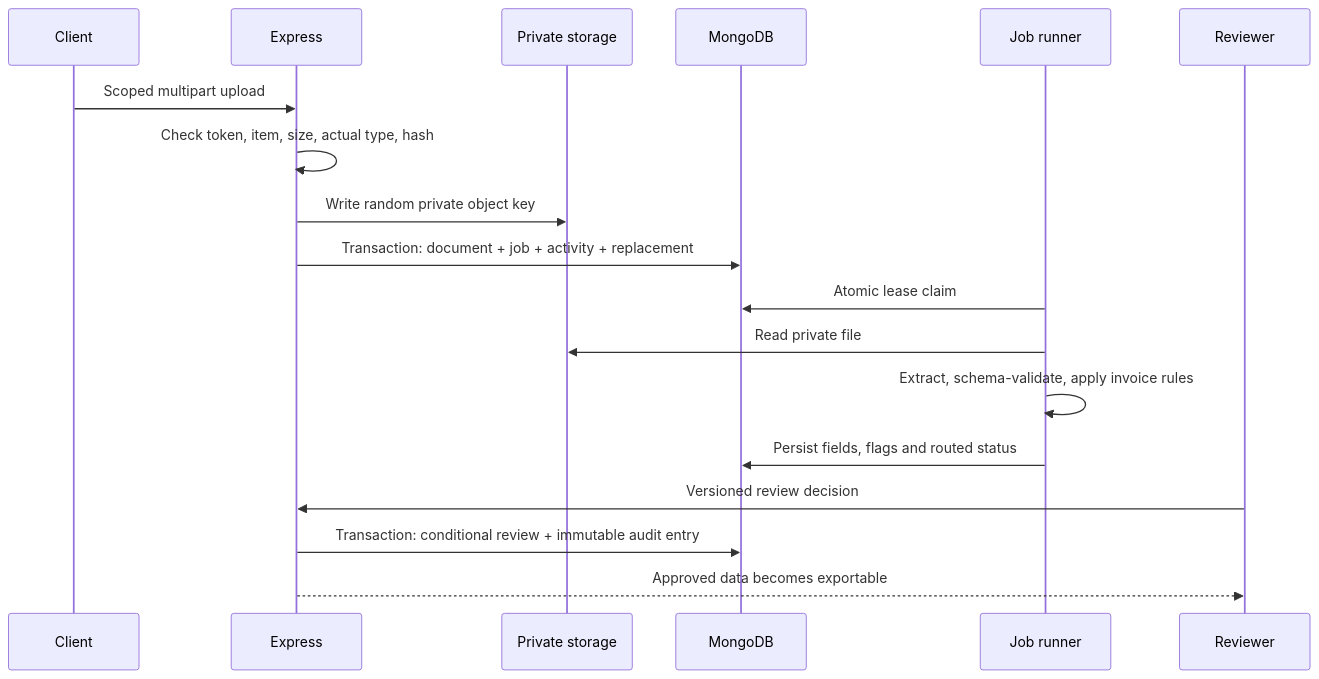
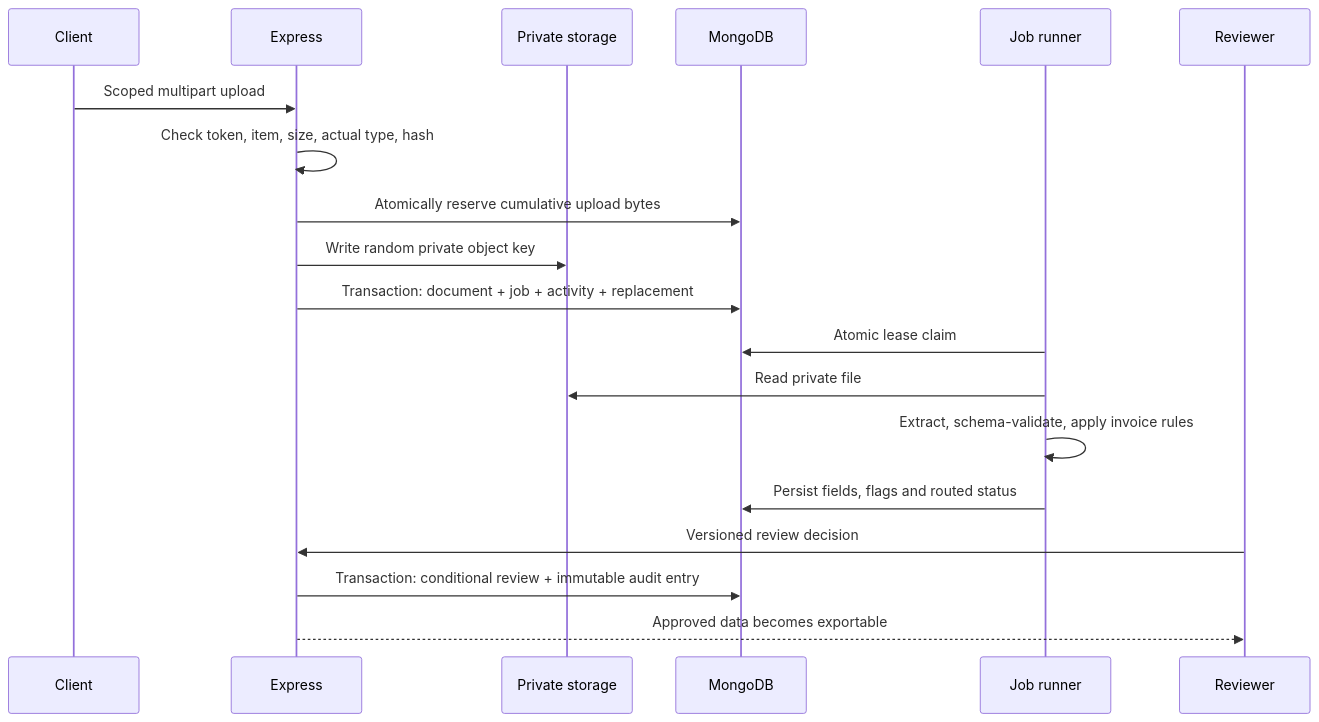
Before and after one commit to Anant-vj/doc_chase_v0: the third of 3 diagrams in docs/ARCHITECTURE.md, drawn with Mermaid. The commit also changed other lines of this file and 23 other files, not shown here.

````diff
--- a/docs/ARCHITECTURE.md
+++ b/docs/ARCHITECTURE.md
@@ -36,20 +36,21 @@
 ```mermaid
 sequenceDiagram
   participant C as Client
   participant A as Express
   participant S as Private storage
   participant M as MongoDB
   participant W as Job runner
   participant R as Reviewer
   C->>A: Scoped multipart upload
   A->>A: Check token, item, size, actual type, hash
+  A->>M: Atomically reserve cumulative upload bytes
   A->>S: Write random private object key
   A->>M: Transaction: document + job + activity + replacement
   W->>M: Atomic lease claim
   W->>S: Read private file
   W->>W: Extract, schema-validate, apply invoice rules
   W->>M: Persist fields, flags and routed status
   R->>A: Versioned review decision
   A->>M: Transaction: conditional review + immutable audit entry
   A-->>R: Approved data becomes exportable
 ```
````
